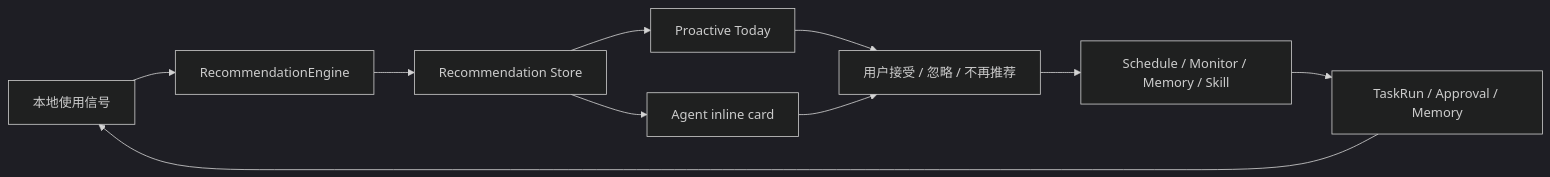
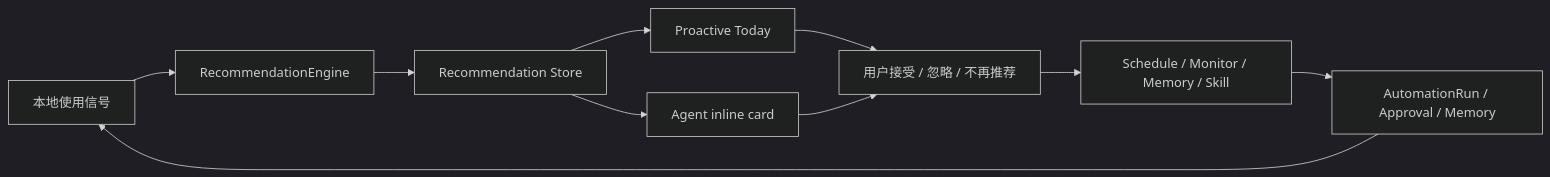
The second of 3 diagrams in docs/proactive-scheduler-monitor-design.md (yanynayan-cdut/Mira_AI), drawn with Mermaid (dark theme) before and after one commit. The commit also changed other lines of this file and 88 other files, not shown here.

````diff
--- a/docs/proactive-scheduler-monitor-design.md
+++ b/docs/proactive-scheduler-monitor-design.md
@@ -509,12 +509,12 @@
 ```mermaid
 flowchart LR
   A["本地使用信号"] --> B["RecommendationEngine"]
   B --> C["Recommendation Store"]
   C --> D["Proactive Today"]
   C --> E["Agent inline card"]
   D --> F["用户接受 / 忽略 / 不再推荐"]
   E --> F
   F --> G["Schedule / Monitor / Memory / Skill"]
-  G --> H["TaskRun / Approval / Memory"]
+  G --> H["AutomationRun / Approval / Memory"]
   H --> A
 ```
````
